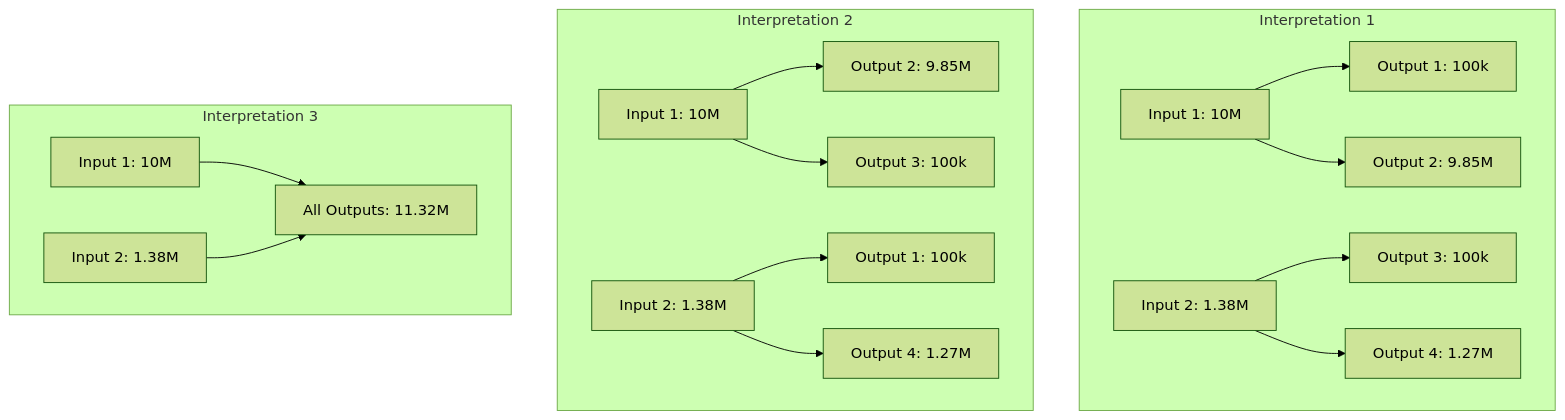
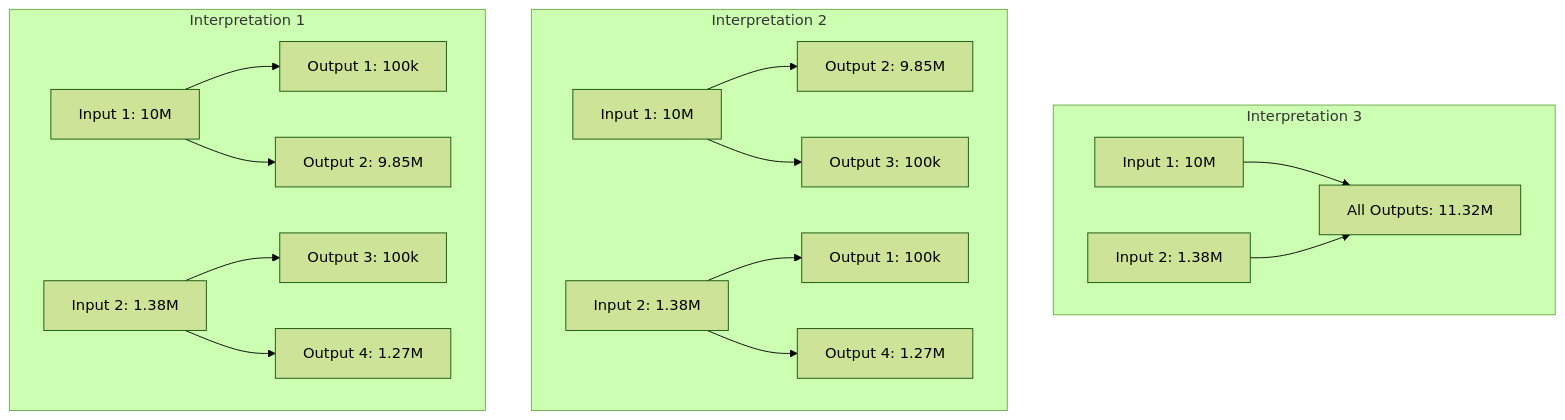
The second of 2 diagrams in docs/boltzmann/valid-interpretations.md (vibrant-btc/bitcoinprivacy-wiki), drawn with Mermaid (forest theme) before and after one commit. The commit also changed other lines of this file and 3 other files, not shown here.

Commit message:
improve diagrams

````diff
--- a/docs/boltzmann/valid-interpretations.md
+++ b/docs/boltzmann/valid-interpretations.md
@@ -124,21 +141,21 @@
-``` mermaid
-graph TD
-    subgraph Interpretation 1
-        I1_1[Input 1: 10M] --> O1_1[Output 1: 100k]
-        I1_1 --> O2_1[Output 2: 9.85M]
-        I2_1[Input 2: 1.38M] --> O3_1[Output 3: 100k]
-        I2_1 --> O4_1[Output 4: 1.27M]
-    end
-    
-    subgraph Interpretation 2
-        I1_2[Input 1: 10M] --> O2_2[Output 2: 9.85M]
-        I1_2 --> O3_2[Output 3: 100k]
-        I2_2[Input 2: 1.38M] --> O1_2[Output 1: 100k]
-        I2_2 --> O4_2[Output 4: 1.27M]
-    end
-    
-    subgraph Interpretation 3
-        I1_3[Input 1: 10M] --> ALL[All Outputs: 11.32M]
-        I2_3[Input 2: 1.38M] --> ALL
-    end
-```
+    ``` mermaid
+    graph TD
+        subgraph Interpretation 3
+            I1_3[Input 1: 10M] --> ALL[All Outputs: 11.32M]
+            I2_3[Input 2: 1.38M] --> ALL
+        end
+        
+        subgraph Interpretation 2
+            I1_2[Input 1: 10M] --> O2_2[Output 2: 9.85M]
+            I1_2 --> O3_2[Output 3: 100k]
+            I2_2[Input 2: 1.38M] --> O1_2[Output 1: 100k]
+            I2_2 --> O4_2[Output 4: 1.27M]
+        end
+        
+        subgraph Interpretation 1
+            I1_1[Input 1: 10M] --> O1_1[Output 1: 100k]
+            I1_1 --> O2_1[Output 2: 9.85M]
+            I2_1[Input 2: 1.38M] --> O3_1[Output 3: 100k]
+            I2_1 --> O4_1[Output 4: 1.27M]
+        end
+    ```
````
